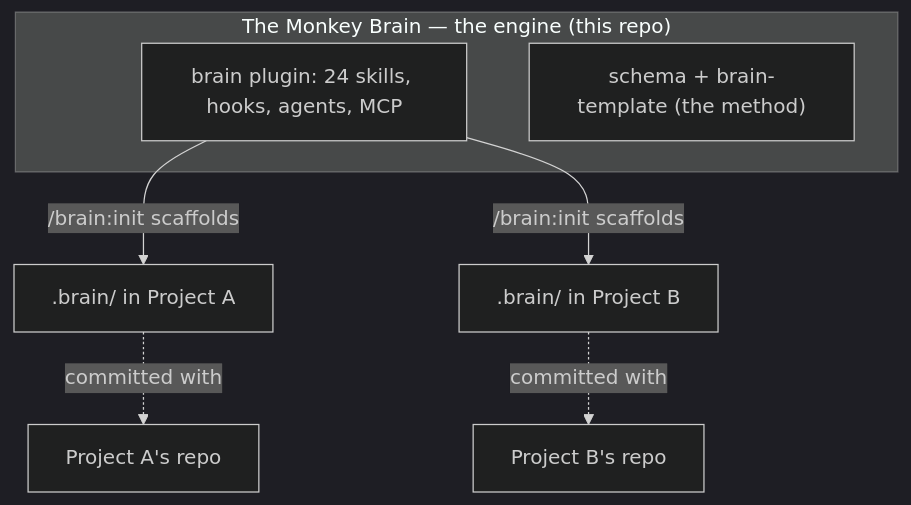
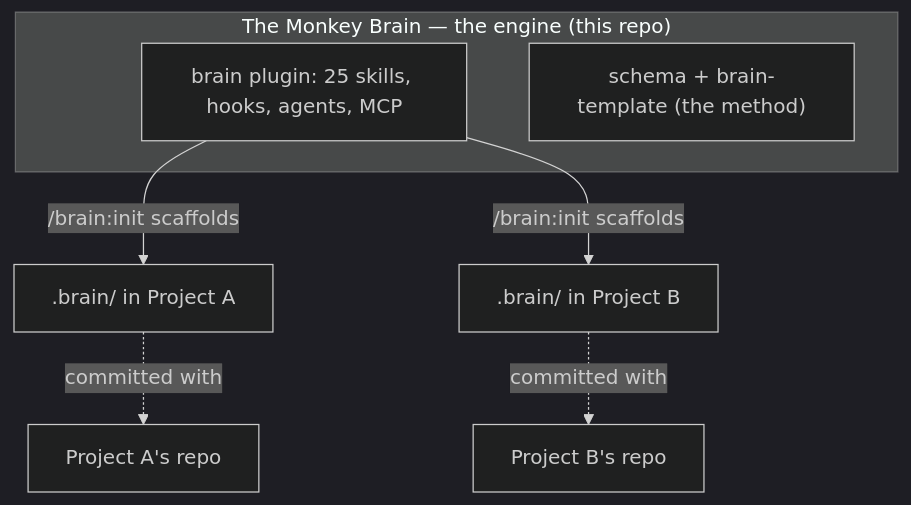
Before and after one commit to NeamulMorshed/The-Monkey-Brain: the second of 2 diagrams in README.md, drawn with Mermaid (dark theme). The commit also changed other lines of this file and 13 other files, not shown here.

````diff
--- a/README.md
+++ b/README.md
@@ -239,11 +240,11 @@
 ```mermaid
 flowchart TB
     subgraph Engine["The Monkey Brain — the engine (this repo)"]
-        P["brain plugin: 24 skills, hooks, agents, MCP"]
+        P["brain plugin: 25 skills, hooks, agents, MCP"]
         BT["schema + brain-template (the method)"]
     end
     P -->|/brain:init scaffolds| I1[".brain/ in Project A"]
     P -->|/brain:init scaffolds| I2[".brain/ in Project B"]
     I1 -.committed with.-> RA["Project A's repo"]
     I2 -.committed with.-> RB["Project B's repo"]
 ```
````
